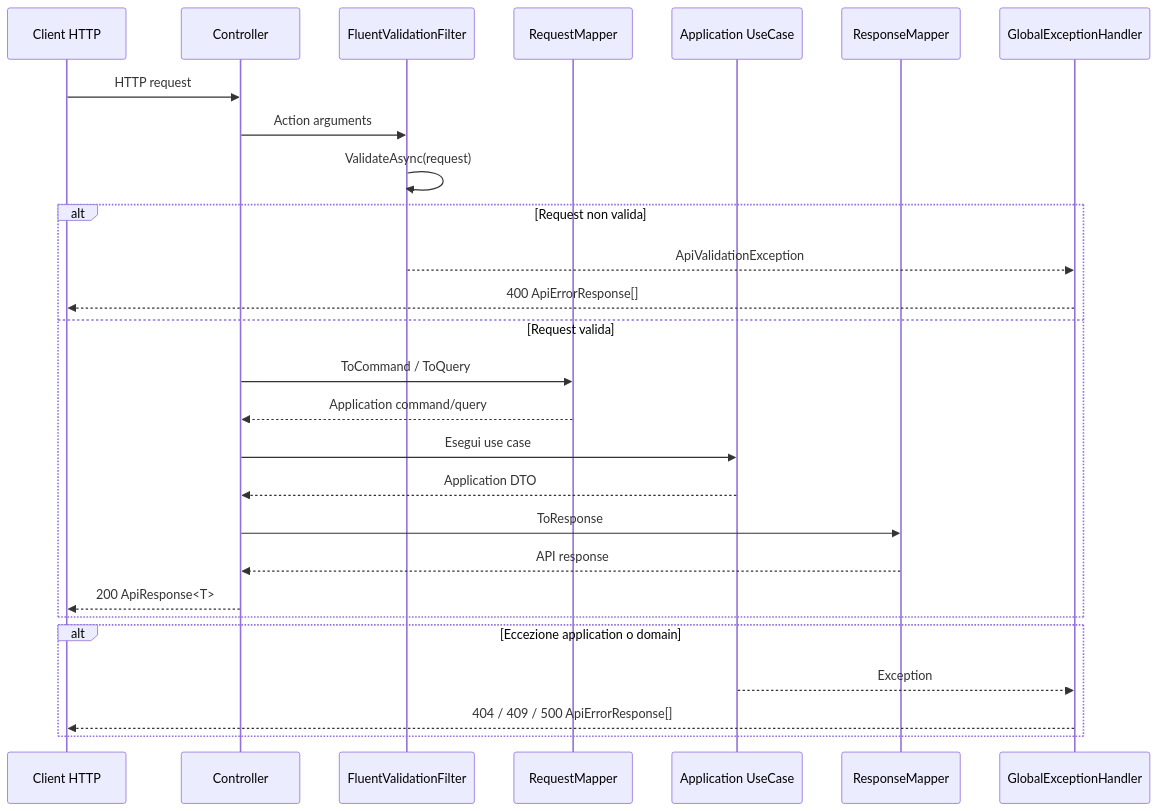
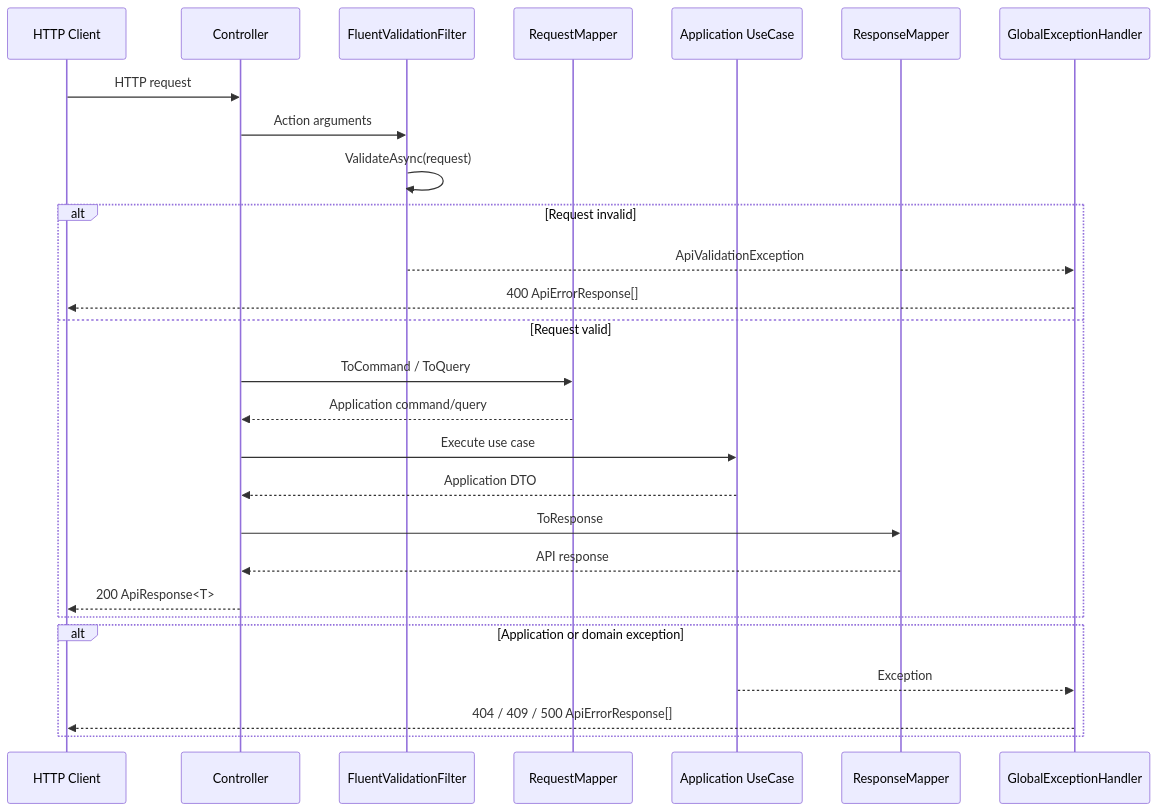
One commit to VincenzoMatonti/PantheonOperationPlatform changed the second of 2 diagrams in src/Hermes/Hermes.Api/Hermes.Api.ReadMe.md. Above: the diagram before and after it, drawn with Mermaid. The commit also changed other lines of this file and 14 other files, not shown here.

````diff
--- a/src/Hermes/Hermes.Api/Hermes.Api.ReadMe.md
+++ b/src/Hermes/Hermes.Api/Hermes.Api.ReadMe.md
@@ -356,31 +356,31 @@
 ```mermaid
 sequenceDiagram
-    participant Client as Client HTTP
+    participant Client as HTTP Client
     participant Controller as Controller
     participant Filter as FluentValidationFilter
     participant Mapper as RequestMapper
     participant UC as Application UseCase
     participant ResponseMapper as ResponseMapper
     participant Handler as GlobalExceptionHandler
 
     Client->>Controller: HTTP request
     Controller->>Filter: Action arguments
     Filter->>Filter: ValidateAsync(request)
-    alt Request non valida
+    alt Request invalid
         Filter-->>Handler: ApiValidationException
         Handler-->>Client: 400 ApiErrorResponse[]
-    else Request valida
+    else Request valid
         Controller->>Mapper: ToCommand / ToQuery
         Mapper-->>Controller: Application command/query
-        Controller->>UC: Esegui use case
+        Controller->>UC: Execute use case
         UC-->>Controller: Application DTO
         Controller->>ResponseMapper: ToResponse
         ResponseMapper-->>Controller: API response
         Controller-->>Client: 200 ApiResponse<T>
     end
 
-    alt Eccezione application o domain
+    alt Application or domain exception
         UC-->>Handler: Exception
         Handler-->>Client: 404 / 409 / 500 ApiErrorResponse[]
     end
 ```
````
